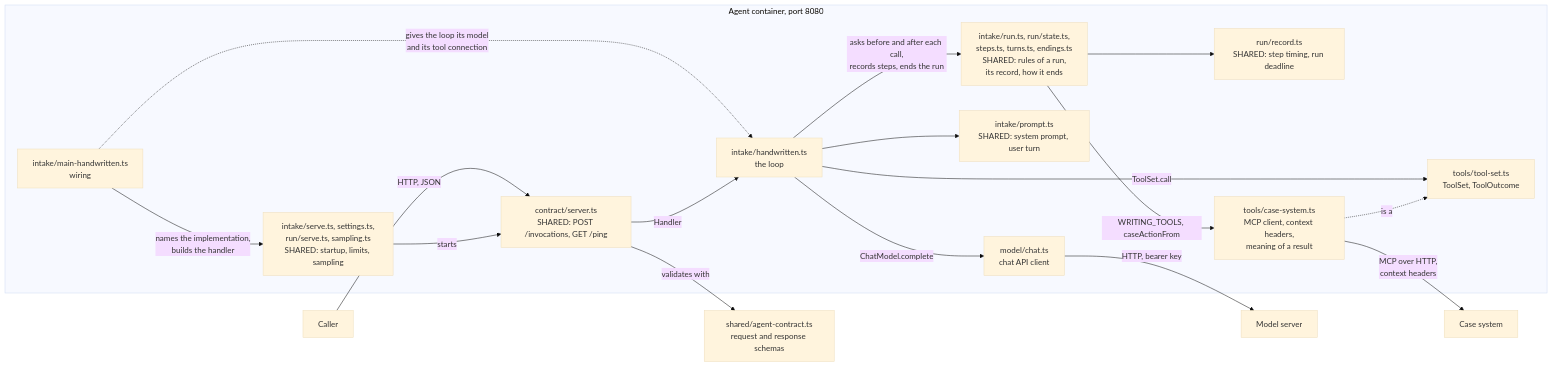
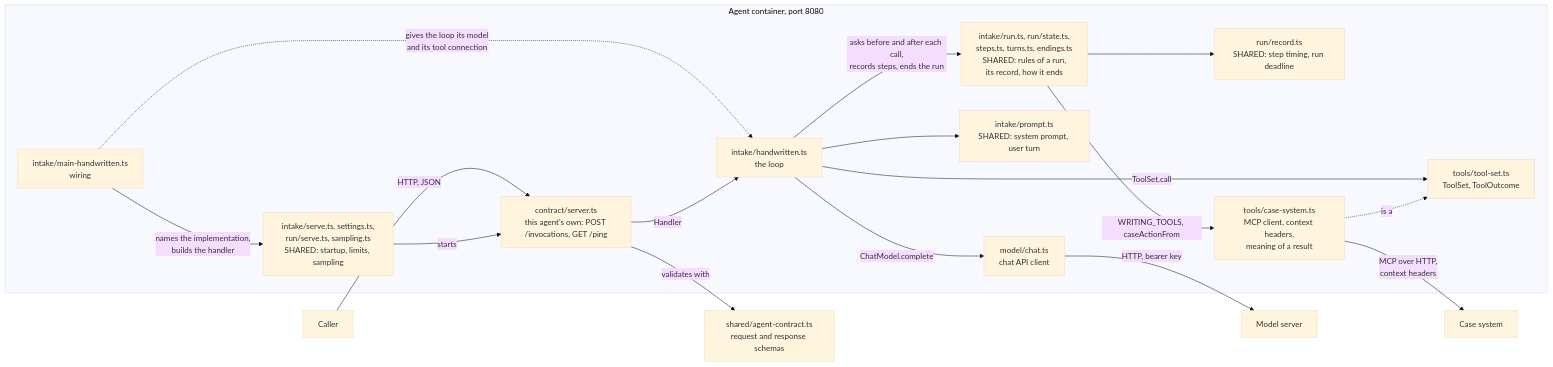
Before and after one commit to AndrewPHunter/ai-on-aws: the first of 4 diagrams in docs/architecture/intake-agent-handwritten.md, drawn with Mermaid (base theme). The commit also changed other lines of this file and 24 other files, not shown here.

````diff
--- a/docs/architecture/intake-agent-handwritten.md
+++ b/docs/architecture/intake-agent-handwritten.md
@@ -23,37 +23,37 @@
 ```mermaid
 flowchart LR
     Caller["Caller"]
 
     subgraph Agent["Agent container, port 8080"]
         Main["intake/main-handwritten.ts<br/>wiring"]
         Serve["intake/serve.ts, settings.ts,<br/>run/serve.ts, sampling.ts<br/>SHARED: startup, limits, sampling"]
-        Server["contract/server.ts<br/>SHARED: POST /invocations, GET /ping"]
+        Server["contract/server.ts<br/>this agent's own: POST /invocations, GET /ping"]
         Loop["intake/handwritten.ts<br/>the loop"]
         Run["intake/run.ts, run/state.ts,<br/>steps.ts, turns.ts, endings.ts<br/>SHARED: rules of a run,<br/>its record, how it ends"]
         Prompt["intake/prompt.ts<br/>SHARED: system prompt, user turn"]
         Record["run/record.ts<br/>SHARED: step timing, run deadline"]
         ToolSet["tools/tool-set.ts<br/>ToolSet, ToolOutcome"]
         CaseTools["tools/case-system.ts<br/>MCP client, context headers,<br/>meaning of a result"]
         Chat["model/chat.ts<br/>chat API client"]
     end
 
     Contract["shared/agent-contract.ts<br/>request and response schemas"]
     Model["Model server"]
     Cases["Case system"]
 
     Caller -->|"HTTP, JSON"| Server
     Main -->|"names the implementation,<br/>builds the handler"| Serve
     Serve -->|"starts"| Server
     Main -. "gives the loop its model<br/>and its tool connection" .-> Loop
     Server -->|"Handler"| Loop
     Loop --> Prompt
     Loop -->|"asks before and after each call,<br/>records steps, ends the run"| Run
     Run --> Record
     Loop -->|"ChatModel.complete"| Chat
     Loop -->|"ToolSet.call"| ToolSet
     CaseTools -. "is a" .-> ToolSet
     Run -->|"WRITING_TOOLS, caseActionFrom"| CaseTools
     Server -->|"validates with"| Contract
     Chat -->|"HTTP, bearer key"| Model
     CaseTools -->|"MCP over HTTP,<br/>context headers"| Cases
 ```
````
